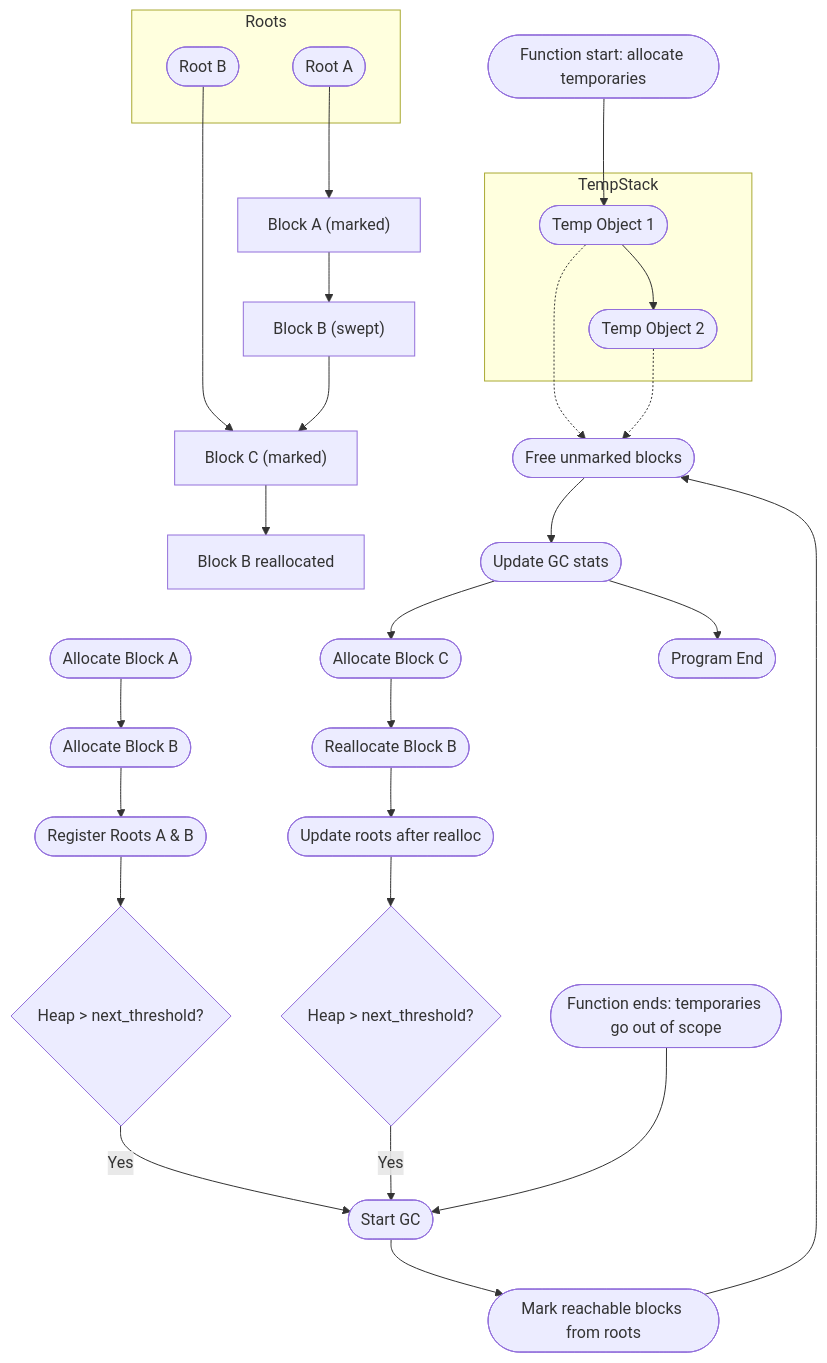
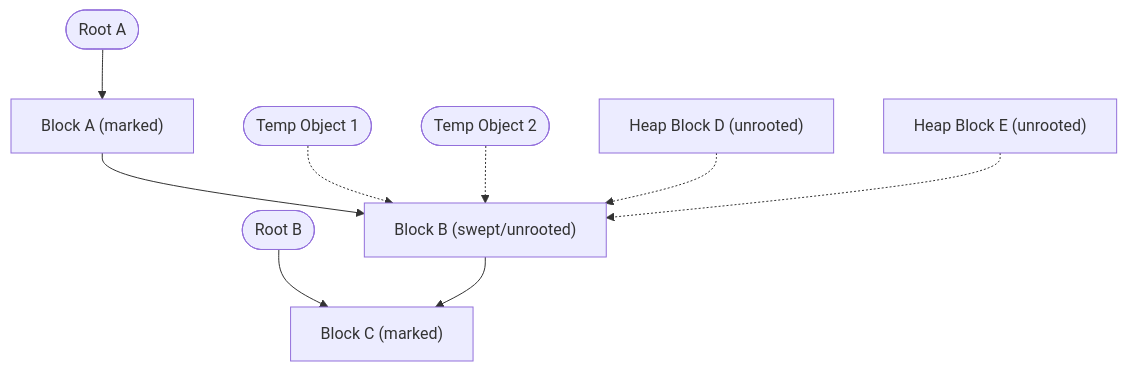
The diagram in README.md (MyNameIsTrez/ft-gc), drawn with Mermaid before and after one commit. The commit also changed other lines of this file, not shown here.

````diff
--- a/README.md
+++ b/README.md
@@ -57,52 +79,10 @@
 ```mermaid
 flowchart TD
-    %% Persistent Roots
-    subgraph Roots
-        R1([Root A])
-        R2([Root B])
-    end
-
-    %% Heap blocks
-    B1["Block A (marked)"]
-    B2["Block B (swept)"]
-    B3["Block C (marked)"]
-    B4["Block B reallocated"]
-
-    %% Temporary stack objects
-    subgraph TempStack
-        T1(["Temp Object 1"])
-        T2(["Temp Object 2"])
-    end
-
-    %% Roots point to blocks
-    R1 --> B1
-    R2 --> B3
-
-    %% Heap chain (metadata next pointers)
-    B1 --> B2
-    B2 --> B3
-    B3 --> B4
-
-    %% Allocation flow
-    Alloc1([Allocate Block A]) --> Alloc2([Allocate Block B])
-    Alloc2 --> RootReg1([Register Roots A & B])
-    RootReg1 --> GCCheck1{Heap > next_threshold?}
-    GCCheck1 -- Yes --> GCStart([Start GC])
-    GCStart --> MarkPhase([Mark reachable blocks from roots])
-    MarkPhase --> SweepPhase([Free unmarked blocks])
-    SweepPhase --> StatsUpdate([Update GC stats])
-    StatsUpdate --> Alloc3([Allocate Block C])
-    Alloc3 --> Realloc1([Reallocate Block B])
-    Realloc1 --> RootUpdate([Update roots after realloc])
-    RootUpdate --> GCCheck2{Heap > next_threshold?}
-    GCCheck2 -- Yes --> GCStart
-
-    %% Temporary stack allocations
-    StartFunc([Function start: allocate temporaries]) --> T1 --> T2
-    FunctionEnd([Function ends: temporaries go out of scope]) --> GCStart
-    T1 -.-> SweepPhase
-    T2 -.-> SweepPhase
-
-    %% Program end
-    StatsUpdate --> End([Program End])
+    R1([Root A]) --> B1["Block A (marked)"]
+    R2([Root B]) --> B3["Block C (marked)"]
+    B1 --> B2["Block B (swept/unrooted)"] --> B3
+    T1(["Temp Object 1"]) -.-> B2
+    T2(["Temp Object 2"]) -.-> B2
+    U1["Heap Block D (unrooted)"] -.-> B2
+    U2["Heap Block E (unrooted)"] -.-> B2
 ```
````
